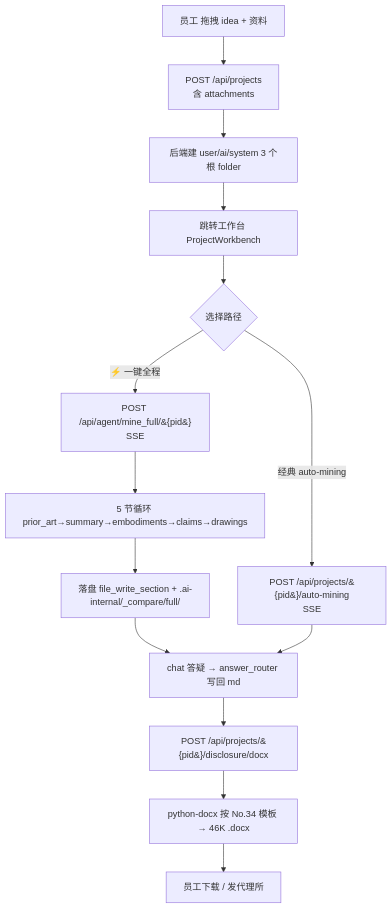
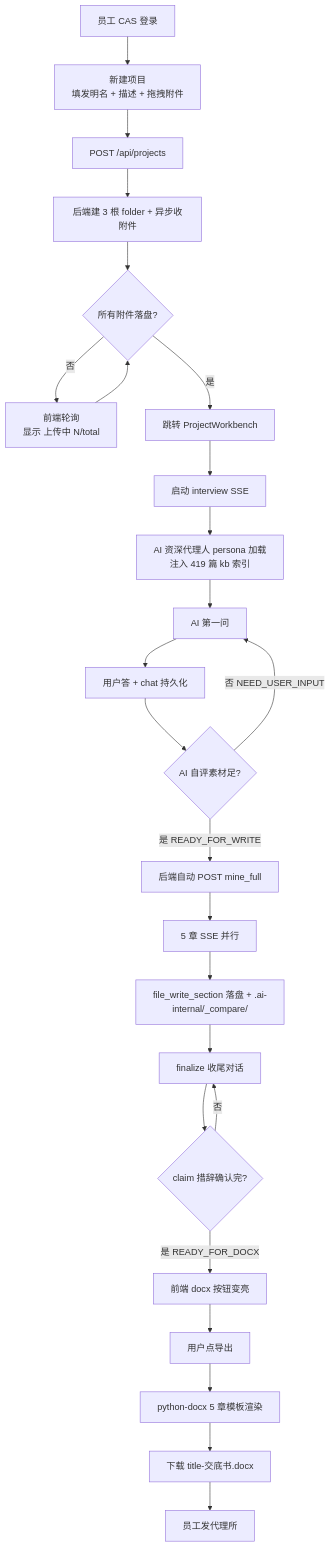
The fourth of 7 diagrams in docs/prd.md (ChuangLee/PatentlyPatent), drawn with Mermaid before and after one commit. The commit also changed other lines of this file and 45 other files, not shown here.

````diff
--- a/docs/prd.md
+++ b/docs/prd.md
@@ -208,16 +351,27 @@
 ```mermaid
 flowchart TD
-    A[员工 拖拽 idea + 资料] --> B[POST /api/projects<br/>含 attachments]
-    B --> C[后端建 user/ai/system 3 个根 folder]
-    C --> D[跳转工作台 ProjectWorkbench]
-    D --> E{选择路径}
-    E -->|⚡ 一键全程| F[POST /api/agent/mine_full/&#123;pid&#125;<br/>SSE]
-    E -->|经典 auto-mining| G[POST /api/projects/&#123;pid&#125;/auto-mining<br/>SSE]
-    F --> H[5 节循环 prior_art→summary→embodiments→claims→drawings]
-    H --> I[落盘 file_write_section + .ai-internal/_compare/full/]
-    I --> J[chat 答疑 → answer_router 写回 md]
-    J --> K[POST /api/projects/&#123;pid&#125;/disclosure/docx]
-    K --> L[python-docx 按 No.34 模板 → 46K .docx]
-    L --> M[员工下载 / 发代理所]
-    G --> J
+    A[员工 CAS 登录] --> B[新建项目<br/>填发明名 + 描述 + 拖拽附件]
+    B --> C[POST /api/projects]
+    C --> D[后端建 3 根 folder + 异步收附件]
+    D --> E{所有附件落盘?}
+    E -->|否| E1[前端轮询<br/>显示 上传中 N/total]
+    E1 --> E
+    E -->|是| F[跳转 ProjectWorkbench]
+    F --> G[启动 interview SSE]
+    G --> H[AI 资深代理人 persona 加载<br/>注入 419 篇 kb 索引]
+    H --> I[AI 第一问]
+    I --> J[用户答 + chat 持久化]
+    J --> K{AI 自评素材足?}
+    K -->|否 NEED_USER_INPUT| I
+    K -->|是 READY_FOR_WRITE| L[后端自动 POST mine_full]
+    L --> M[5 章 SSE 并行]
+    M --> N[file_write_section 落盘 + .ai-internal/_compare/]
+    N --> O[finalize 收尾对话]
+    O --> P{claim 措辞确认完?}
+    P -->|否| O
+    P -->|是 READY_FOR_DOCX| Q[前端 docx 按钮变亮]
+    Q --> R[用户点导出]
+    R --> S[python-docx 5 章模板渲染]
+    S --> T[下载 title-交底书.docx]
+    T --> U[员工发代理所]
 ```
````
